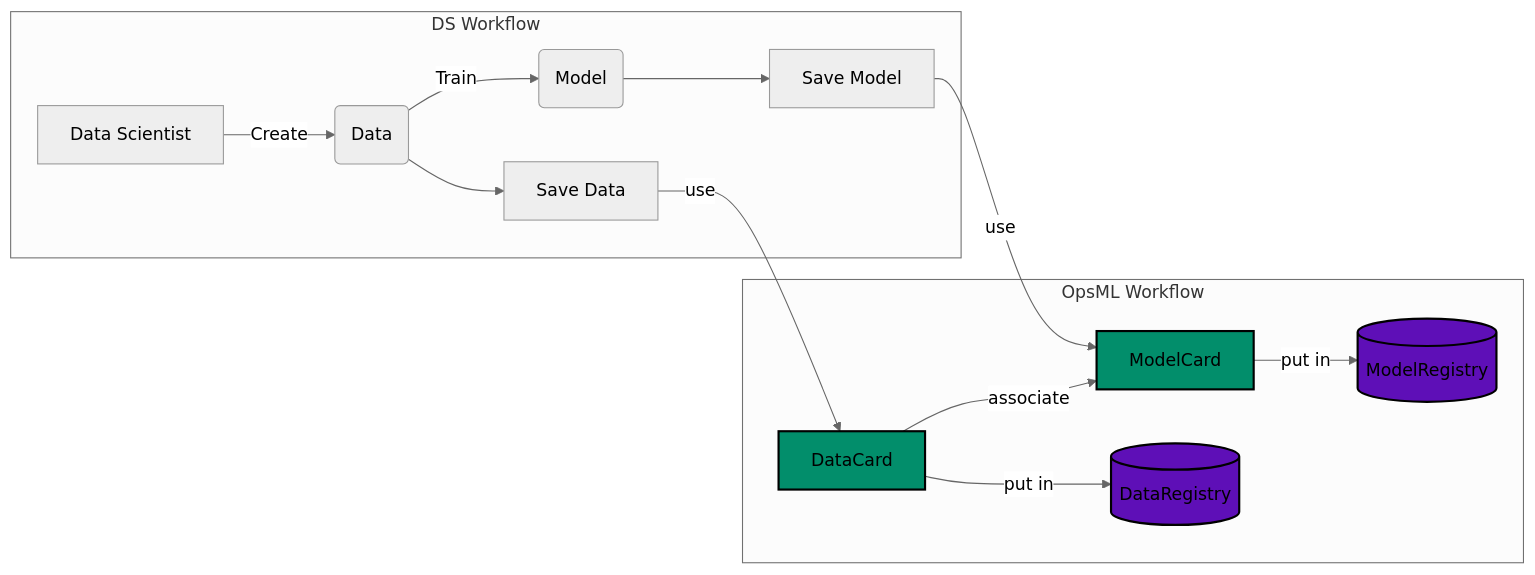
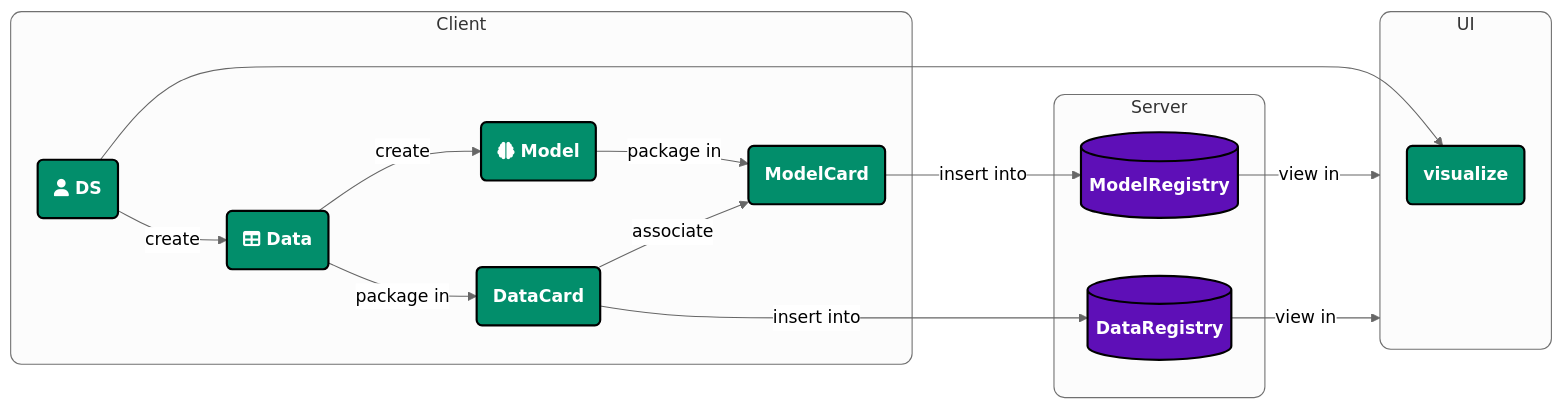
Before and after one commit to demml/opsml: the diagram in README.md, drawn with Mermaid (neutral theme). The commit also changed 3 other files, not shown here.

````diff
--- a/README.md
+++ b/README.md
@@ -46,24 +46,37 @@
 ```mermaid
 flowchart LR
+  subgraph Client
+    user(fa:fa-user DS) -->|create| data(fa:fa-table Data)
+    data -->|create|model(fa:fa-brain Model)
+    data -->|package in|datacard(DataCard)
+    model -->|package in|modelcard(ModelCard)
+    datacard -->|associate|modelcard
+  end 
 
-subgraph DS Workflow
-A[Data Scientist]-->|Create|B(Data)
-B -->|Train|C(Model)
-B --> D[Save Data]
-C --> E[Save Model]
-end
+  subgraph Server
+    datacard -->|insert into|datareg[(DataRegistry)]
+    modelcard -->|insert into|modelreg[(ModelRegistry)]
+  end
 
-subgraph OpsML Workflow
-D --> |use|F[DataCard]
-E --> |use|G[ModelCard]
-F --> |associate|G
-F --> |put in|H[(DataRegistry)]
-G --> |put in|I[(ModelRegistry)]
-end
+  subgraph UI
+    vis(visualize)
+  end
 
-style F fill:#028e6b,stroke:black,stroke-width:2px
-style G fill:#028e6b,stroke:black,stroke-width:2px
+  user --> vis
+  modelreg -->|view in|UI
+  datareg -->|view in|UI
 
-style I fill:#5e0fb7,stroke:black,stroke-width:2px
-style H fill:#5e0fb7,stroke:black,stroke-width:2px
+  style Client rx:10,ry:10
+  style Server rx:10,ry:10
+  style UI rx:10,ry:10
+
+  style user fill:#028e6b,stroke:black,stroke-width:2px,color:white,font-weight:bolder
+  style data fill:#028e6b,stroke:black,stroke-width:2px,color:white,font-weight:bolder
+  style model fill:#028e6b,stroke:black,stroke-width:2px,color:white,font-weight:bolder
+  style datacard fill:#028e6b,stroke:black,stroke-width:2px,color:white,font-weight:bolder
+  style modelcard fill:#028e6b,stroke:black,stroke-width:2px,color:white,font-weight:bolder
+  style vis fill:#028e6b,stroke:black,stroke-width:2px,color:white,font-weight:bolder
+
+  style datareg fill:#5e0fb7,stroke:black,stroke-width:2px,color:white,font-weight:bolder
+  style modelreg fill:#5e0fb7,stroke:black,stroke-width:2px,color:white,font-weight:bolder
 ```
````
